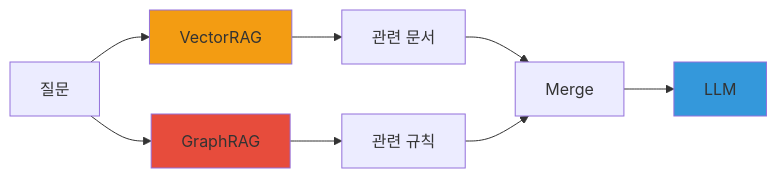
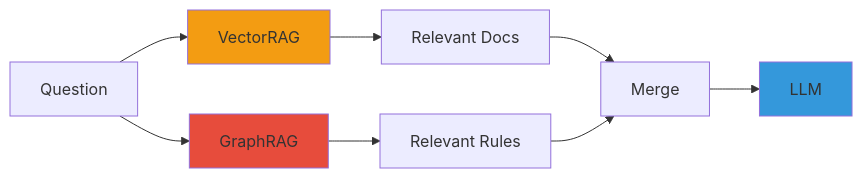
One commit to devfloor9/engineering-playbook changed the fourth of 4 diagrams in docs/agentic-ai-platform/operations-mlops/governance/domain-customization.md. Above: the diagram before and after it, drawn with Mermaid. The commit also changed other lines of this file and 954 other files, not shown here.

````diff
--- a/docs/agentic-ai-platform/operations-mlops/governance/domain-customization.md
+++ b/docs/agentic-ai-platform/operations-mlops/governance/domain-customization.md
@@ -292,16 +255,16 @@
 ```mermaid
 graph LR
-    Q[질문] --> V[VectorRAG]
+    Q[Question] --> V[VectorRAG]
     Q --> G[GraphRAG]
     
-    V --> D[관련 문서]
-    G --> R[관련 규칙]
+    V --> D[Relevant Docs]
+    G --> R[Relevant Rules]
     
     D --> M[Merge]
     R --> M
     M --> L[LLM]
     
     style V fill:#f39c12
     style G fill:#e74c3c
     style L fill:#3498db
 ```
````
